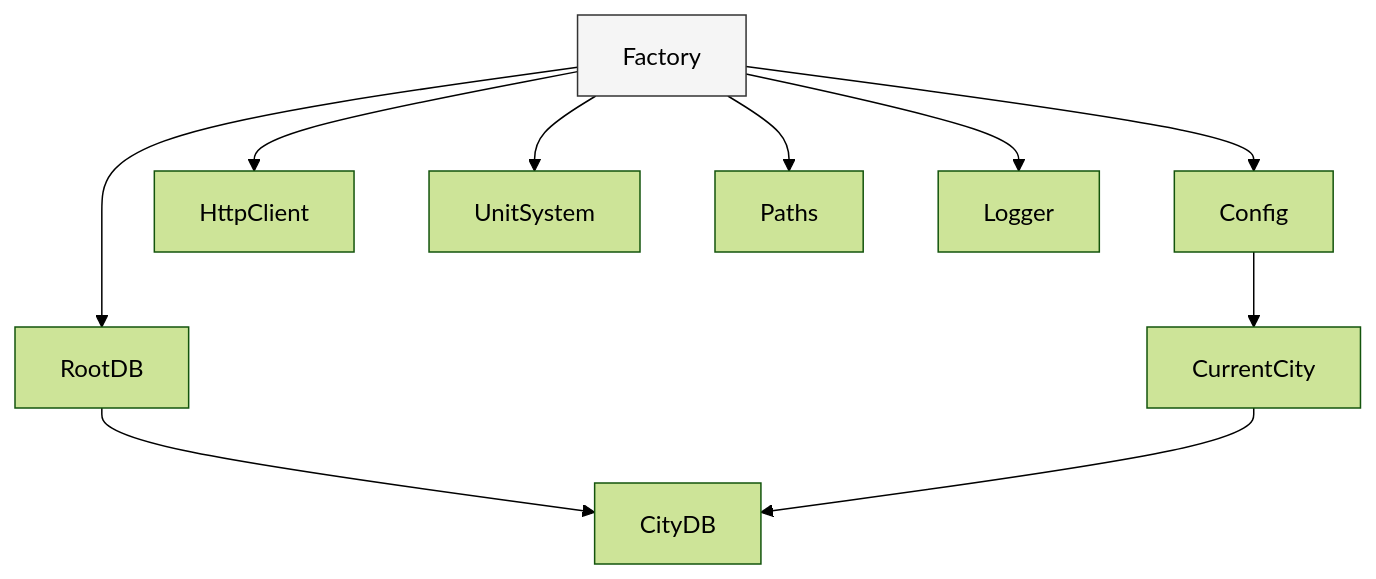
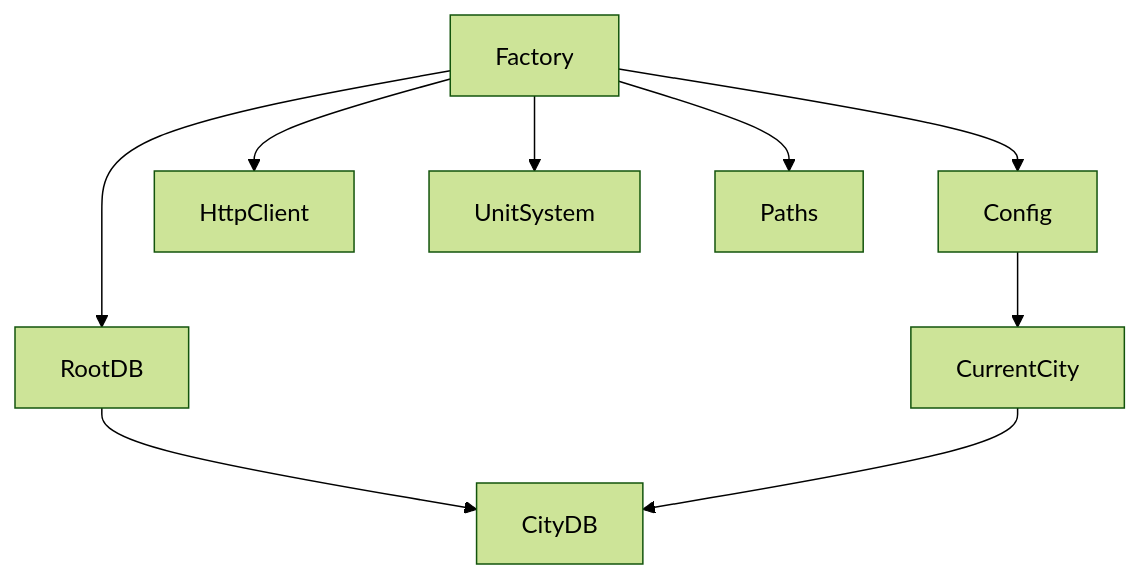
One commit to jcrussell/solvent-streets changed the second of 3 diagrams in docs/architecture.md. Above: the diagram before and after it, drawn with Mermaid (forest theme). The commit also changed other lines of this file and 3 other files, not shown here.

First line of the commit message:
docs: one home per topic across architecture, configuration and troubleshooting (solvent-streets-ern4.17)

````diff
--- a/docs/architecture.md
+++ b/docs/architecture.md
@@ -42,15 +51,9 @@
 ```mermaid
 graph TD
-    Factory --> Config
+    Factory --> Config --> CurrentCity
+    Factory --> RootDB --> CityDB
+    CurrentCity --> CityDB
     Factory --> HttpClient
-    Factory --> RootDB
     Factory --> UnitSystem
     Factory --> Paths
-    Factory --> Logger
-
-    Config --> CurrentCity
-    RootDB --> CityDB
-    CurrentCity --> CityDB
-
-    style Factory fill:#f5f5f5,stroke:#333
 ```
````
